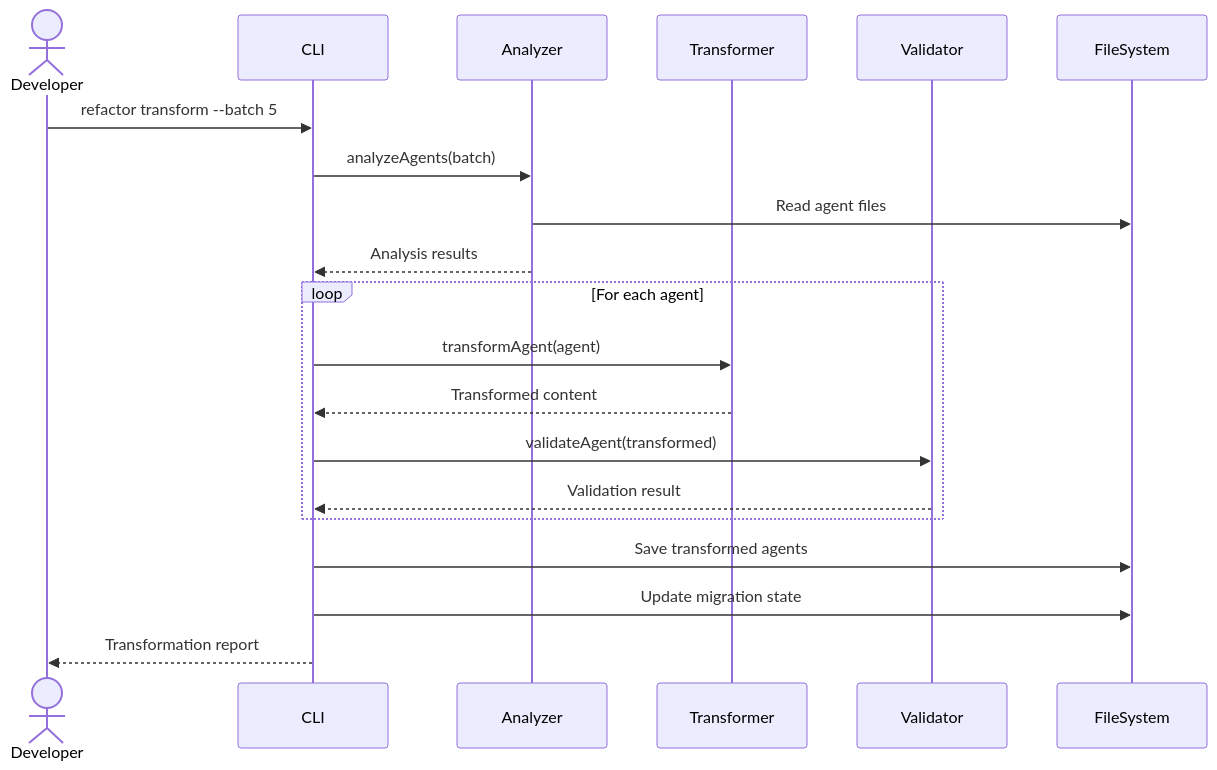
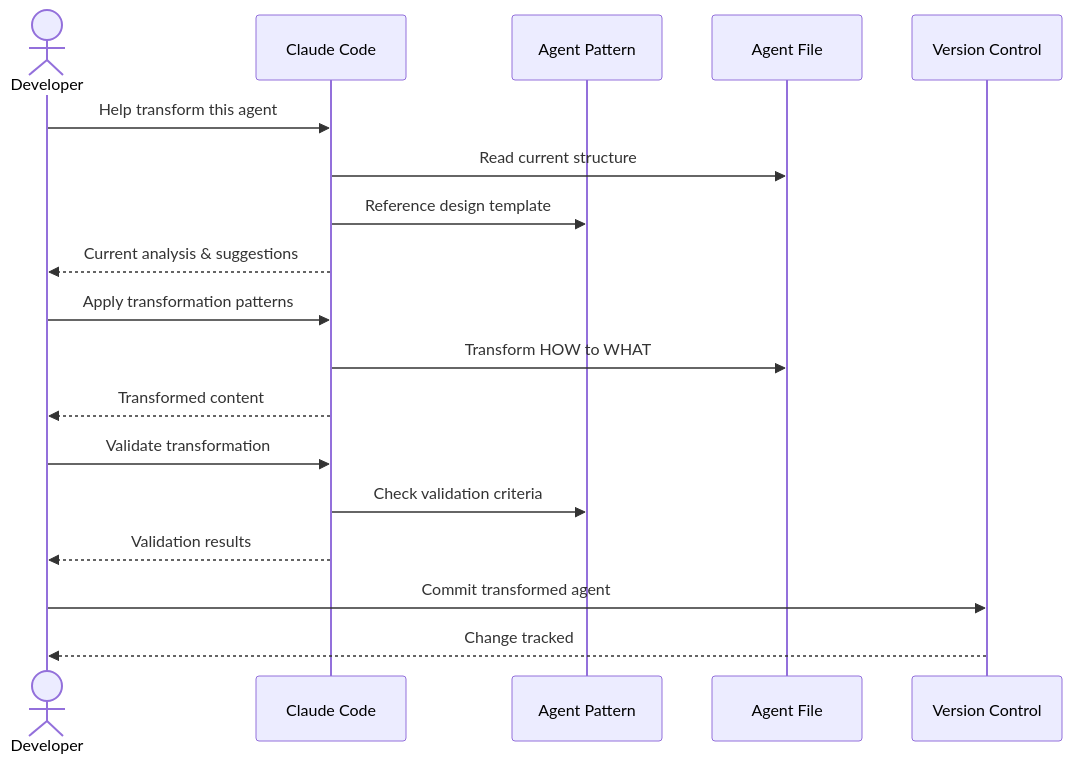
Before and after one commit to rsmdt/the-startup: the second of 2 diagrams in docs/specs/013-agent-improvements/SDD.md, drawn with Mermaid. The commit also changed other lines of this file and 78 other files, not shown here.

````diff
--- a/docs/specs/013-agent-improvements/SDD.md
+++ b/docs/specs/013-agent-improvements/SDD.md
@@ -735,25 +525,24 @@
 ```mermaid
 sequenceDiagram
     actor Developer
-    participant CLI
-    participant Analyzer
-    participant Transformer
-    participant Validator
-    participant FileSystem
+    participant Claude as Claude Code
+    participant Pattern as Agent Pattern
+    participant Agent as Agent File
+    participant Git as Version Control
     
-    Developer->>CLI: refactor transform --batch 5
-    CLI->>Analyzer: analyzeAgents(batch)
-    Analyzer->>FileSystem: Read agent files
-    Analyzer-->>CLI: Analysis results
+    Developer->>Claude: Help transform this agent
+    Claude->>Agent: Read current structure
+    Claude->>Pattern: Reference design template
+    Claude-->>Developer: Current analysis & suggestions
     
-    loop For each agent
-        CLI->>Transformer: transformAgent(agent)
-        Transformer-->>CLI: Transformed content
-        CLI->>Validator: validateAgent(transformed)
-        Validator-->>CLI: Validation result
-    end
+    Developer->>Claude: Apply transformation patterns
+    Claude->>Agent: Transform HOW to WHAT
+    Claude-->>Developer: Transformed content
     
-    CLI->>FileSystem: Save transformed agents
-    CLI->>FileSystem: Update migration state
-    CLI-->>Developer: Transformation report
+    Developer->>Claude: Validate transformation
+    Claude->>Pattern: Check validation criteria
+    Claude-->>Developer: Validation results
+    
+    Developer->>Git: Commit transformed agent
+    Git-->>Developer: Change tracked
 ```
````
